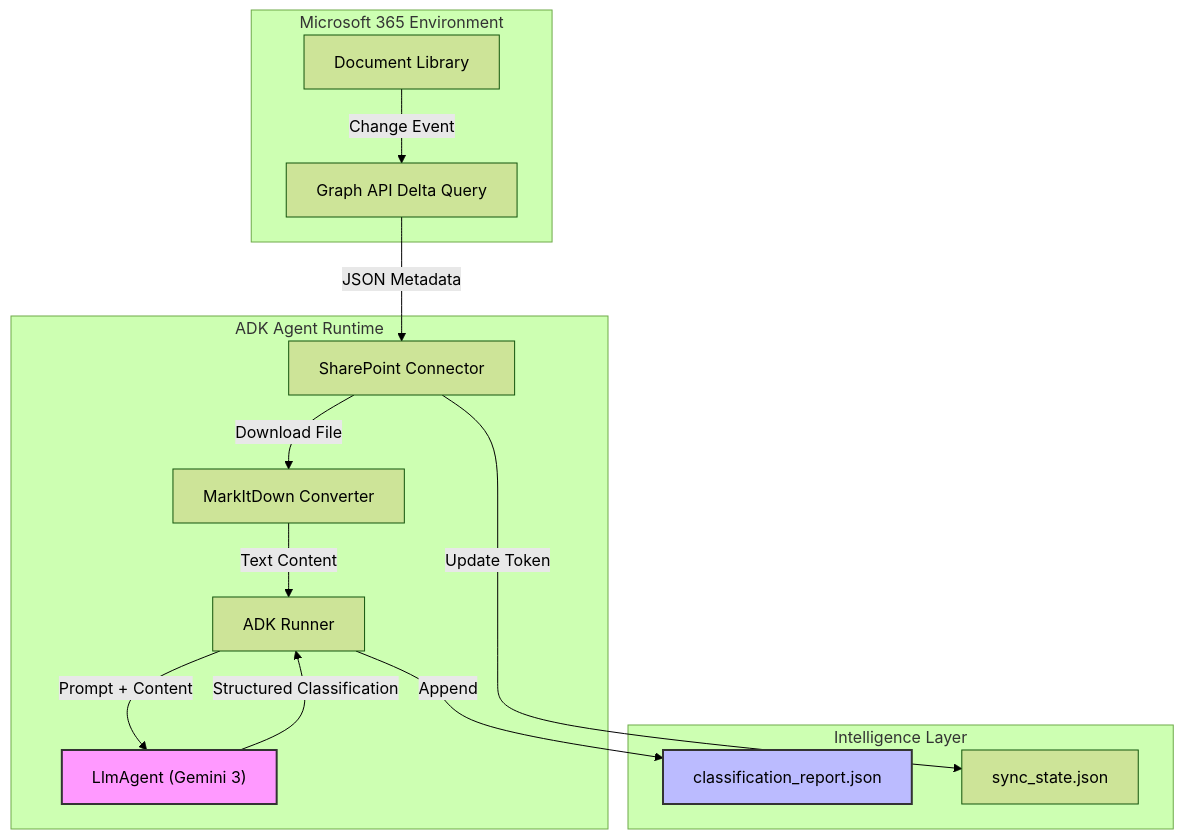
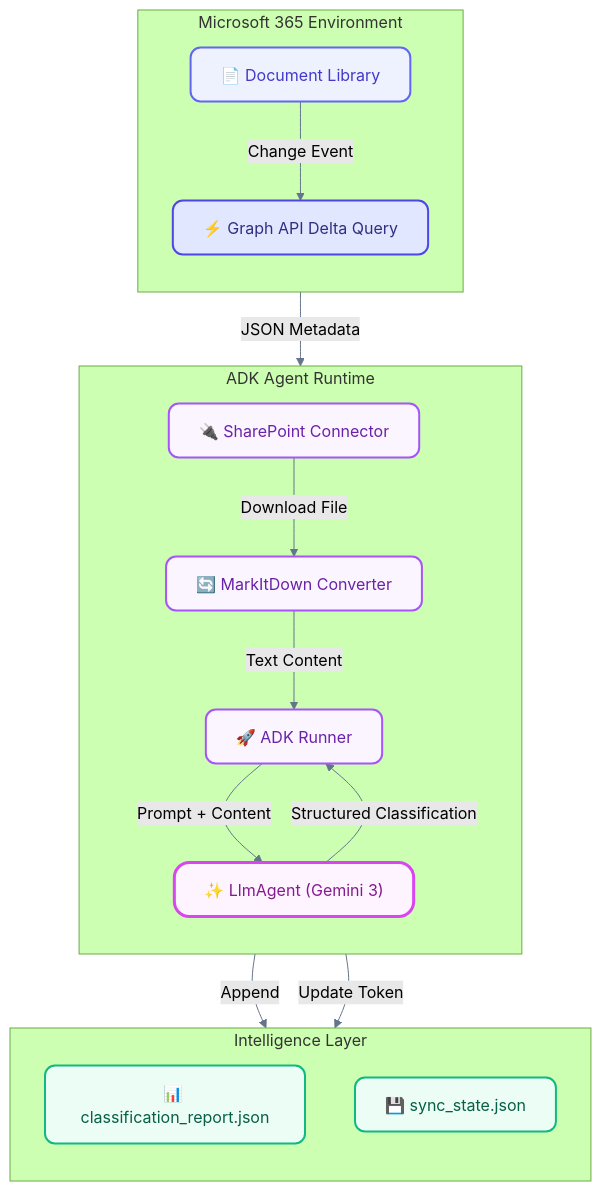
One commit to jchavezar/vertex-ai-samples changed the diagram in antigravity/classificator_mcp_sharepoint/README.md. Above: the diagram before and after it, drawn with Mermaid (forest theme).

Commit message:
Docs: Update Mermaid chart with modern digital aesthetics

````diff
--- a/antigravity/classificator_mcp_sharepoint/README.md
+++ b/antigravity/classificator_mcp_sharepoint/README.md
@@ -31,31 +31,42 @@
 ```mermaid
 graph TD
+    %% Styling Definitions
+    classDef base fill:#fff,stroke:#333,stroke-width:1px,color:#333;
+    classDef ms fill:#eef2ff,stroke:#6366f1,stroke-width:2px,color:#4338ca,rx:10,ry:10;
+    classDef api fill:#e0e7ff,stroke:#4f46e5,stroke-width:2px,color:#312e81,rx:10,ry:10;
+    classDef adk fill:#faf5ff,stroke:#a855f7,stroke-width:2px,color:#6b21a8,rx:10,ry:10;
+    classDef gemini fill:#fdf4ff,stroke:#d946ef,stroke-width:3px,color:#86198f,rx:15,ry:15;
+    classDef out fill:#ecfdf5,stroke:#10b981,stroke-width:2px,color:#065f46,rx:10,ry:10;
+
     subgraph "Microsoft 365 Environment"
-        DL["Document Library"]
-        API["Graph API Delta Query"]
+        direction TB
+        DL["📄 Document Library"]:::ms
+        API["⚡ Graph API Delta Query"]:::api
     end
 
     subgraph "ADK Agent Runtime"
-        Con["SharePoint Connector"]
-        Conv["MarkItDown Converter"]
-        Runner["ADK Runner"]
-        Agent["LlmAgent (Gemini 3)"]
+        direction TB
+        Con["🔌 SharePoint Connector"]:::adk
+        Conv["🔄 MarkItDown Converter"]:::adk
+        Runner["🚀 ADK Runner"]:::adk
+        Agent["✨ LlmAgent (Gemini 3)"]:::gemini
     end
 
     subgraph "Intelligence Layer"
-        Report["classification_report.json"]
-        State["sync_state.json"]
+        direction TB
+        Report["📊 classification_report.json"]:::out
+        State["💾 sync_state.json"]:::out
     end
 
     DL -->|Change Event| API
     API -->|JSON Metadata| Con
     Con -->|Download File| Conv
     Conv -->|Text Content| Runner
     Runner -->|Prompt + Content| Agent
     Agent -->|Structured Classification| Runner
     Runner -->|Append| Report
     Con -->|Update Token| State
 
-    style Agent fill:#f9f,stroke:#333,stroke-width:2px
-    style Report fill:#bbf,stroke:#333,stroke-width:2px
+    %% Link Styling
+    linkStyle default stroke:#64748b,stroke-width:1px,fill:none;
 ```
````
